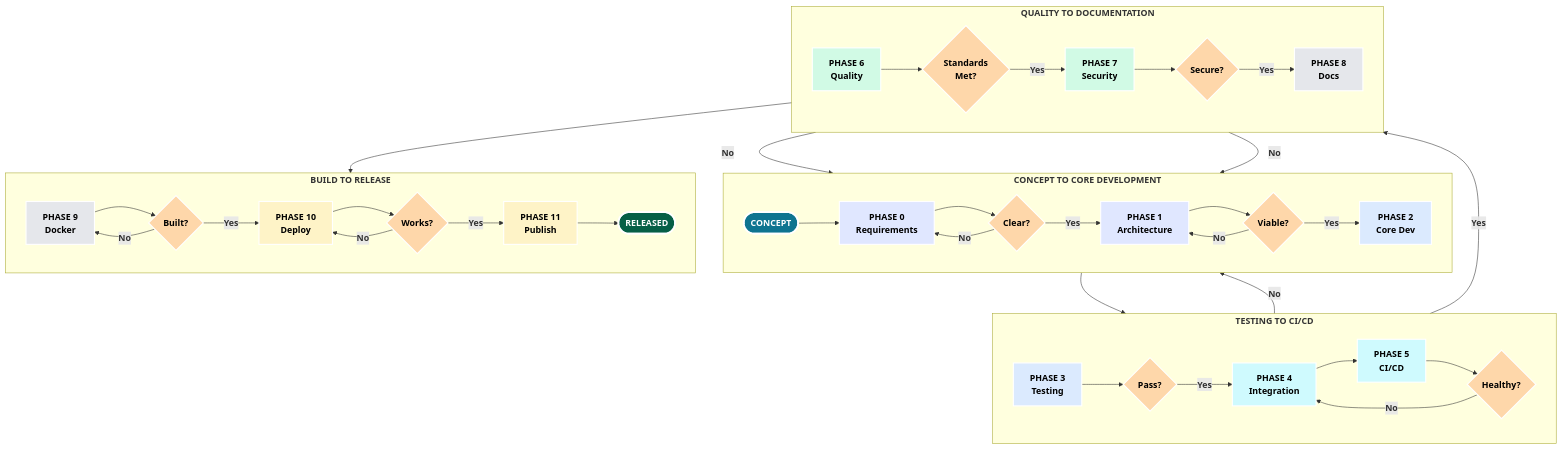
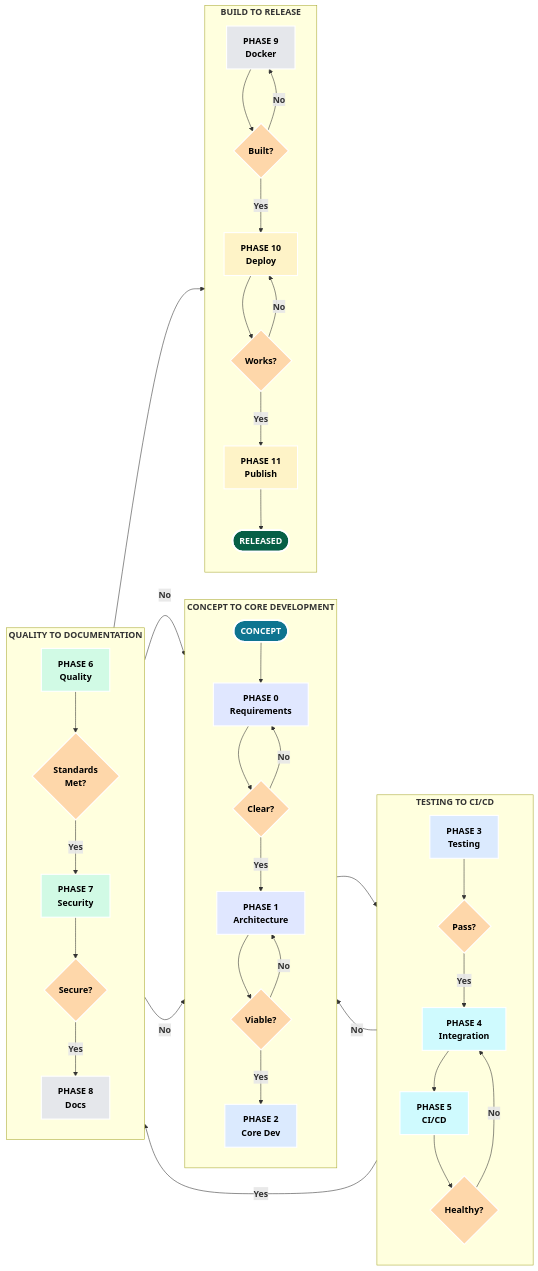
One commit to cgbraun/SparseTagging changed the first of 28 diagrams in docs/TUTORIAL_DIAGRAMS_SLIDES.md. Above: the diagram before and after it, drawn with Mermaid. The commit also changed other lines of this file, not shown here.

````diff
--- a/docs/TUTORIAL_DIAGRAMS_SLIDES.md
+++ b/docs/TUTORIAL_DIAGRAMS_SLIDES.md
@@ -41,71 +41,71 @@
 ```mermaid
-graph TB
+graph LR
     subgraph CONCEPT["<b>CONCEPT TO CORE DEVELOPMENT</b>"]
-        direction LR
+        direction TB
         Start([<b>CONCEPT</b>]) --> P0[<b>PHASE 0</b><br/><b>Requirements</b>]
         P0 --> QG0{<b>Clear?</b>}
         QG0 -->|<b>No</b>| P0
         QG0 -->|<b>Yes</b>| P1[<b>PHASE 1</b><br/><b>Architecture</b>]
         P1 --> QG1{<b>Viable?</b>}
         QG1 -->|<b>No</b>| P1
         QG1 -->|<b>Yes</b>| P2[<b>PHASE 2</b><br/><b>Core Dev</b>]
     end
 
     subgraph TESTING["<b>TESTING TO CI/CD</b>"]
-        direction LR
+        direction TB
         P3[<b>PHASE 3</b><br/><b>Testing</b>] --> QG2{<b>Pass?</b>}
         QG2 -->|<b>Yes</b>| P4[<b>PHASE 4</b><br/><b>Integration</b>]
         P4 --> P5[<b>PHASE 5</b><br/><b>CI/CD</b>]
         P5 --> QG3{<b>Healthy?</b>}
         QG3 -->|<b>No</b>| P4
     end
 
     subgraph QUALITY["<b>QUALITY TO DOCUMENTATION</b>"]
-        direction LR
+        direction TB
         P6[<b>PHASE 6</b><br/><b>Quality</b>] --> QG4{<b>Standards<br/>Met?</b>}
         QG4 -->|<b>Yes</b>| P7[<b>PHASE 7</b><br/><b>Security</b>]
         P7 --> QG5{<b>Secure?</b>}
         QG5 -->|<b>Yes</b>| P8[<b>PHASE 8</b><br/><b>Docs</b>]
     end
 
     subgraph DEPLOY["<b>BUILD TO RELEASE</b>"]
-        direction LR
+        direction TB
         P9[<b>PHASE 9</b><br/><b>Docker</b>] --> QG6{<b>Built?</b>}
         QG6 -->|<b>No</b>| P9
         QG6 -->|<b>Yes</b>| P10[<b>PHASE 10</b><br/><b>Deploy</b>]
         P10 --> QG7{<b>Works?</b>}
         QG7 -->|<b>No</b>| P10
         QG7 -->|<b>Yes</b>| P11[<b>PHASE 11</b><br/><b>Publish</b>]
         P11 --> End([<b>RELEASED</b>])
     end
 
     P2 --> P3
     QG2 -->|<b>No</b>| P2
     QG3 -->|<b>Yes</b>| P6
     QG4 -->|<b>No</b>| P2
     QG5 -->|<b>No</b>| P1
     P8 --> P9
 
     style Start fill:#0e7490,stroke:#fff,stroke-width:3px,color:#fff
     style End fill:#065f46,stroke:#fff,stroke-width:3px,color:#fff
     style P0 fill:#e0e7ff,stroke:#fff,stroke-width:2px,color:#000
     style P1 fill:#e0e7ff,stroke:#fff,stroke-width:2px,color:#000
     style P2 fill:#dbeafe,stroke:#fff,stroke-width:2px,color:#000
     style P3 fill:#dbeafe,stroke:#fff,stroke-width:2px,color:#000
     style P4 fill:#cffafe,stroke:#fff,stroke-width:2px,color:#000
     style P5 fill:#cffafe,stroke:#fff,stroke-width:2px,color:#000
     style P6 fill:#d1fae5,stroke:#fff,stroke-width:2px,color:#000
     style P7 fill:#d1fae5,stroke:#fff,stroke-width:2px,color:#000
     style P8 fill:#e5e7eb,stroke:#fff,stroke-width:2px,color:#000
     style P9 fill:#e5e7eb,stroke:#fff,stroke-width:2px,color:#000
     style P10 fill:#fef3c7,stroke:#fff,stroke-width:2px,color:#000
     style P11 fill:#fef3c7,stroke:#fff,stroke-width:2px,color:#000
     style QG0 fill:#fed7aa,stroke:#fff,stroke-width:2px,color:#000
     style QG1 fill:#fed7aa,stroke:#fff,stroke-width:2px,color:#000
     style QG2 fill:#fed7aa,stroke:#fff,stroke-width:2px,color:#000
     style QG3 fill:#fed7aa,stroke:#fff,stroke-width:2px,color:#000
     style QG4 fill:#fed7aa,stroke:#fff,stroke-width:2px,color:#000
     style QG5 fill:#fed7aa,stroke:#fff,stroke-width:2px,color:#000
     style QG6 fill:#fed7aa,stroke:#fff,stroke-width:2px,color:#000
     style QG7 fill:#fed7aa,stroke:#fff,stroke-width:2px,color:#000
 ```
````
